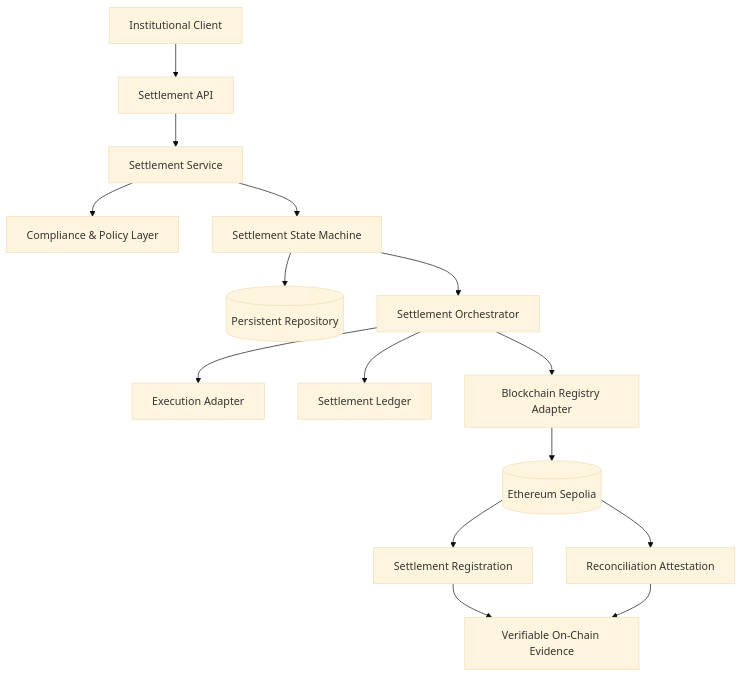
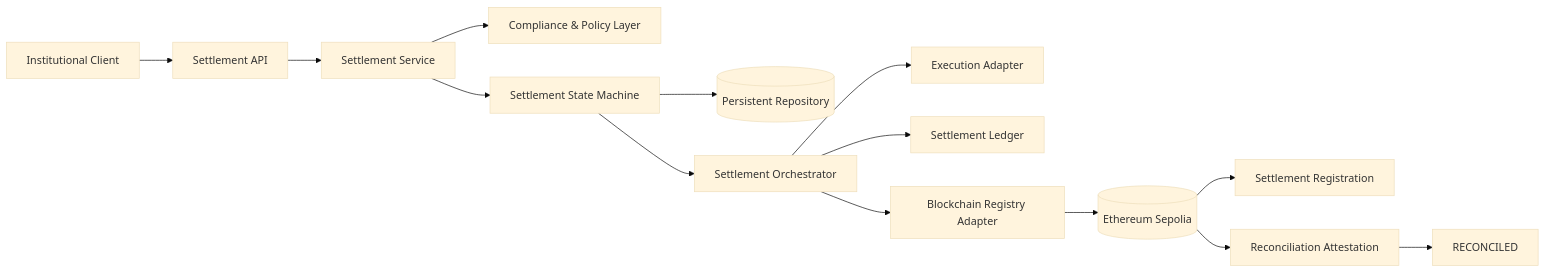
Before and after one commit to BlockchainInes/seenovar-stablecoin-settlement: the diagram in README.md, drawn with Mermaid (base theme). The commit also changed other lines of this file, not shown here.

````diff
--- a/README.md
+++ b/README.md
@@ -30,23 +31,22 @@
 ```mermaid
-flowchart TB
+flowchart LR
     CLIENT[Institutional Client] --> API[Settlement API]
+
     API --> SERVICE[Settlement Service]
-
     SERVICE --> POLICY[Compliance & Policy Layer]
     SERVICE --> ENGINE[Settlement State Machine]
 
     ENGINE --> STORE[(Persistent Repository)]
     ENGINE --> ORCH[Settlement Orchestrator]
 
     ORCH --> EXEC[Execution Adapter]
     ORCH --> LEDGER[Settlement Ledger]
     ORCH --> REGISTRY[Blockchain Registry Adapter]
 
     REGISTRY --> ETH[(Ethereum Sepolia)]
 
     ETH --> REGISTER[Settlement Registration]
     ETH --> RECON[Reconciliation Attestation]
 
-    REGISTER --> EVIDENCE[Verifiable On-Chain Evidence]
-    RECON --> EVIDENCE
+    RECON --> FINAL[RECONCILED]
 ```
````
